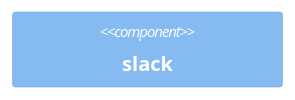
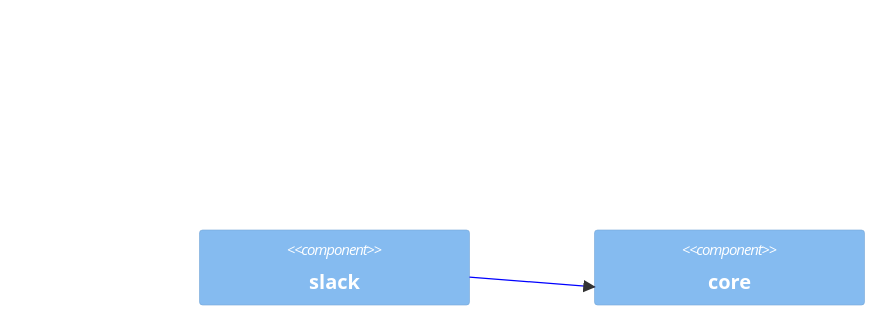
One commit to albertlatacz/shift-left-kotlin changed the diagram in libraries/slack/README.md. Above: the diagram before and after it, drawn with Mermaid. The commit also changed other lines of this file and 4 other files, not shown here.

````diff
--- a/libraries/slack/README.md
+++ b/libraries/slack/README.md
@@ -16,6 +18,8 @@
 ```mermaid
 C4Context        
    UpdateLayoutConfig($c4ShapeInRow="2")                           
    Component(slack, "slack")
-                
+   Component(core, "core")
+   Rel(slack, core, " ") 
+   UpdateRelStyle(slack, core, $lineColor="blue")                
 ```
````
